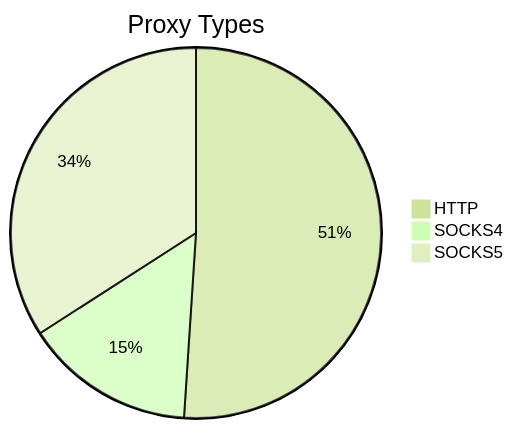
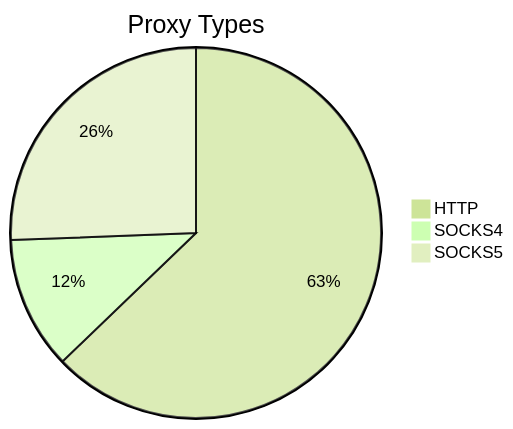
Before and after one commit to stormsia/proxy-list: the first of 2 diagrams in README.md, drawn with Mermaid (forest theme). The commit also changed other lines of this file, not shown here.

````diff
--- a/README.md
+++ b/README.md
@@ -21,6 +21,6 @@
 ```mermaid
 pie title Proxy Types
-    "HTTP" : 247
-    "SOCKS4" : 72
-    "SOCKS5" : 165
+    "HTTP" : 233
+    "SOCKS4" : 43
+    "SOCKS5" : 95
 ```
````
